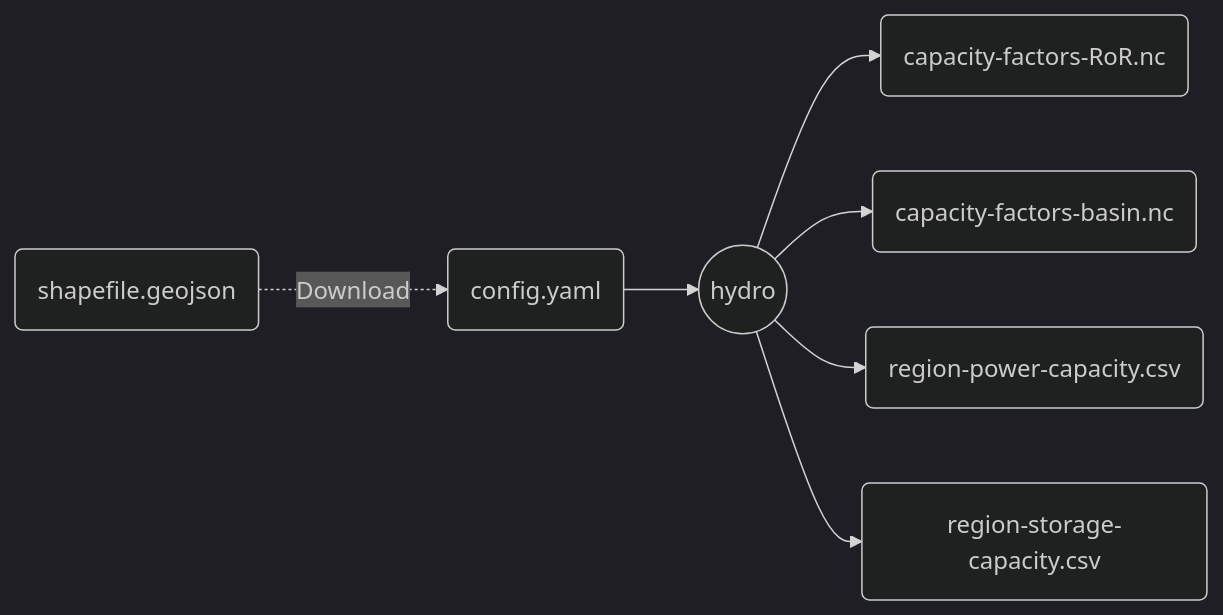
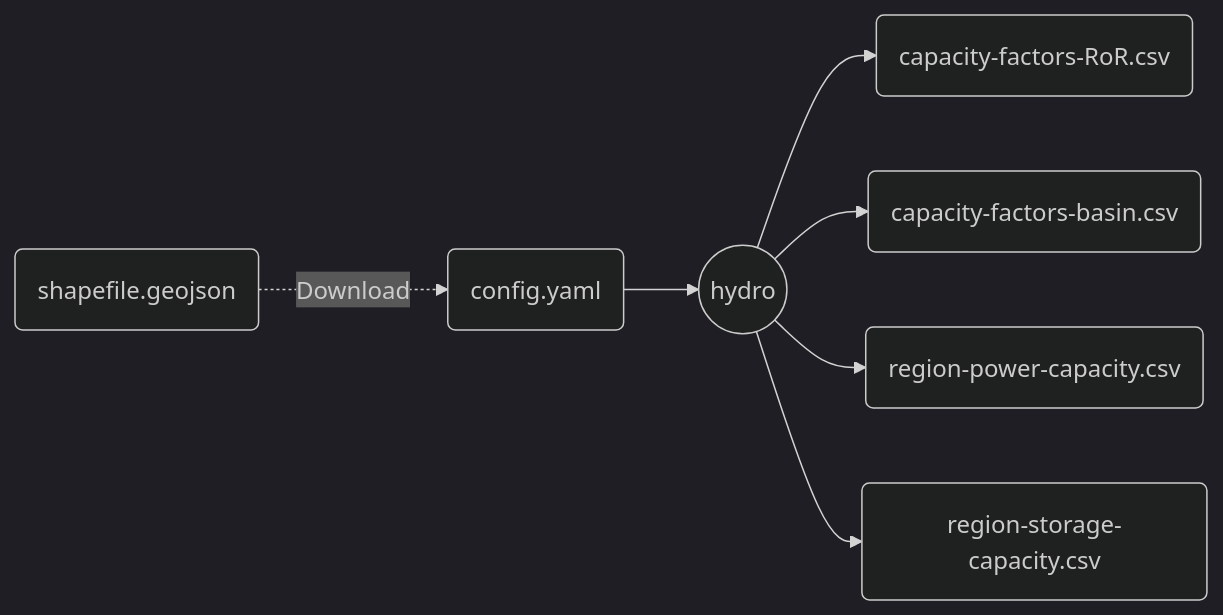
Before and after one commit to calliope-project/ec_modules: the diagram in modules/hydro/README.md, drawn with Mermaid (dark theme). The commit also changed 1 other file, not shown here.

Commit message:
PR review: minor fixes

````diff
--- a/modules/hydro/README.md
+++ b/modules/hydro/README.md
@@ -5,9 +5,9 @@
 ```mermaid
 flowchart LR
     I1(shapefile.geojson) -.-> |Download| C
     C(config.yaml) -->M((hydro))
-    M --> O1(capacity-factors-RoR.nc)
-    M --> O2(capacity-factors-basin.nc)
+    M --> O1(capacity-factors-RoR.csv)
+    M --> O2(capacity-factors-basin.csv)
     M --> O3(region-power-capacity.csv)
     M --> O4(region-storage-capacity.csv)
 ```
````
